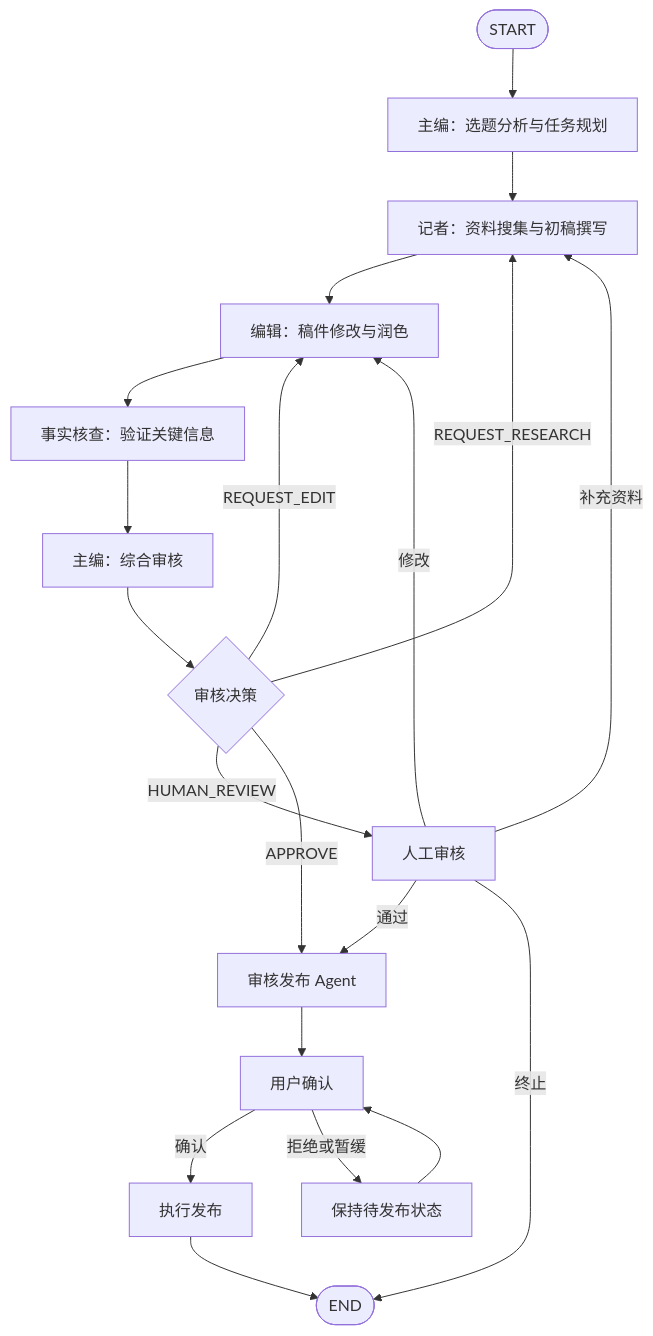
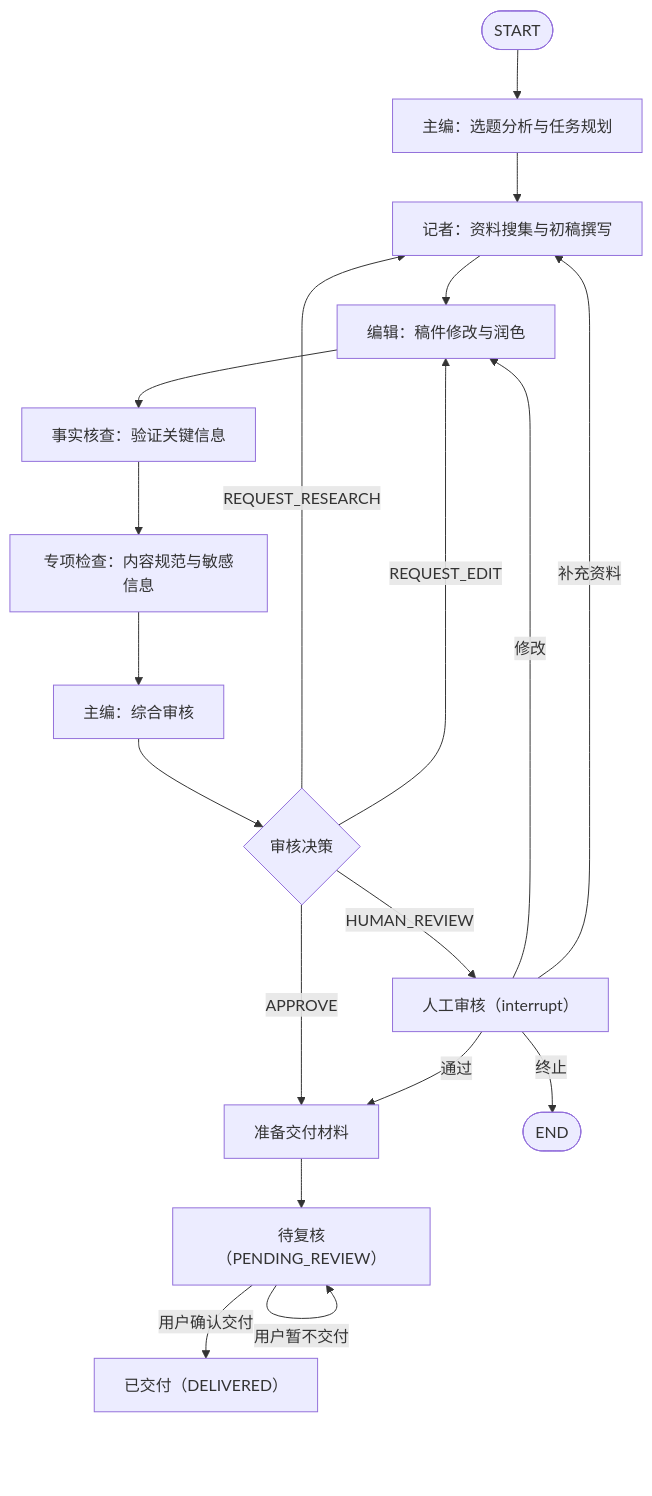
Before and after one commit to choppeer6/Newsroom: the first of 2 diagrams in docs/04-workflow/workflow-design.md, drawn with Mermaid. The commit also changed other lines of this file and 31 other files, not shown here.

````diff
--- a/docs/04-workflow/workflow-design.md
+++ b/docs/04-workflow/workflow-design.md
@@ -50,26 +51,24 @@
 ```mermaid
 flowchart TD
     START([START]) --> CP["主编：选题分析与任务规划"]
     CP --> R["记者：资料搜集与初稿撰写"]
     R --> E["编辑：稿件修改与润色"]
     E --> F["事实核查：验证关键信息"]
-    F --> CR["主编：综合审核"]
+    F --> S["专项检查：内容规范与敏感信息"]
+    S --> CR["主编：综合审核"]
     CR --> D{"审核决策"}
 
     D -->|REQUEST_RESEARCH| R
     D -->|REQUEST_EDIT| E
-    D -->|HUMAN_REVIEW| H["人工审核"]
-    D -->|APPROVE| P["审核发布 Agent"]
+    D -->|HUMAN_REVIEW| H["人工审核（interrupt）"]
+    D -->|APPROVE| P["准备交付材料"]
 
     H -->|通过| P
     H -->|修改| E
     H -->|补充资料| R
     H -->|终止| END([END])
 
-    P --> U["用户确认"]
-    U -->|确认| PUB["执行发布"]
-    U -->|拒绝或暂缓| WAIT["保持待发布状态"]
-    WAIT --> U
-
-    PUB --> END
+    P --> PR["待复核（PENDING_REVIEW）"]
+    PR -->|用户确认交付| DL["已交付（DELIVERED）"]
+    PR -->|用户暂不交付| PR
 ```
````
